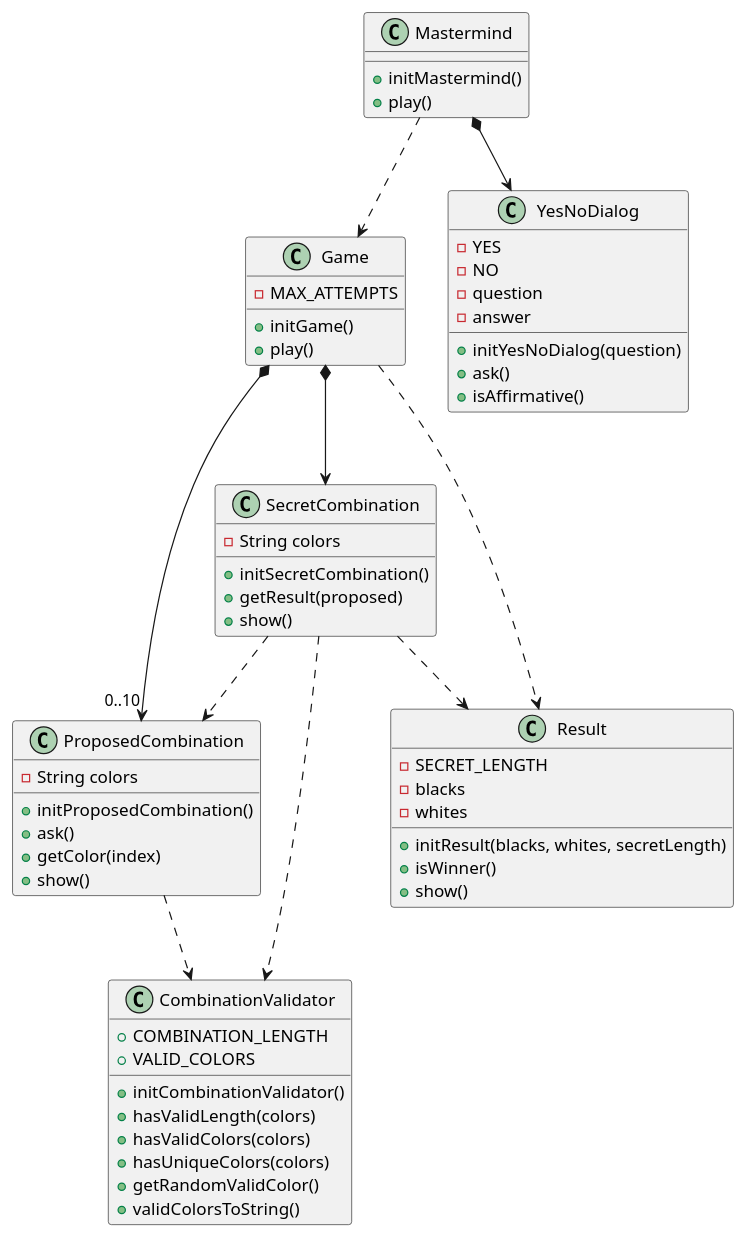
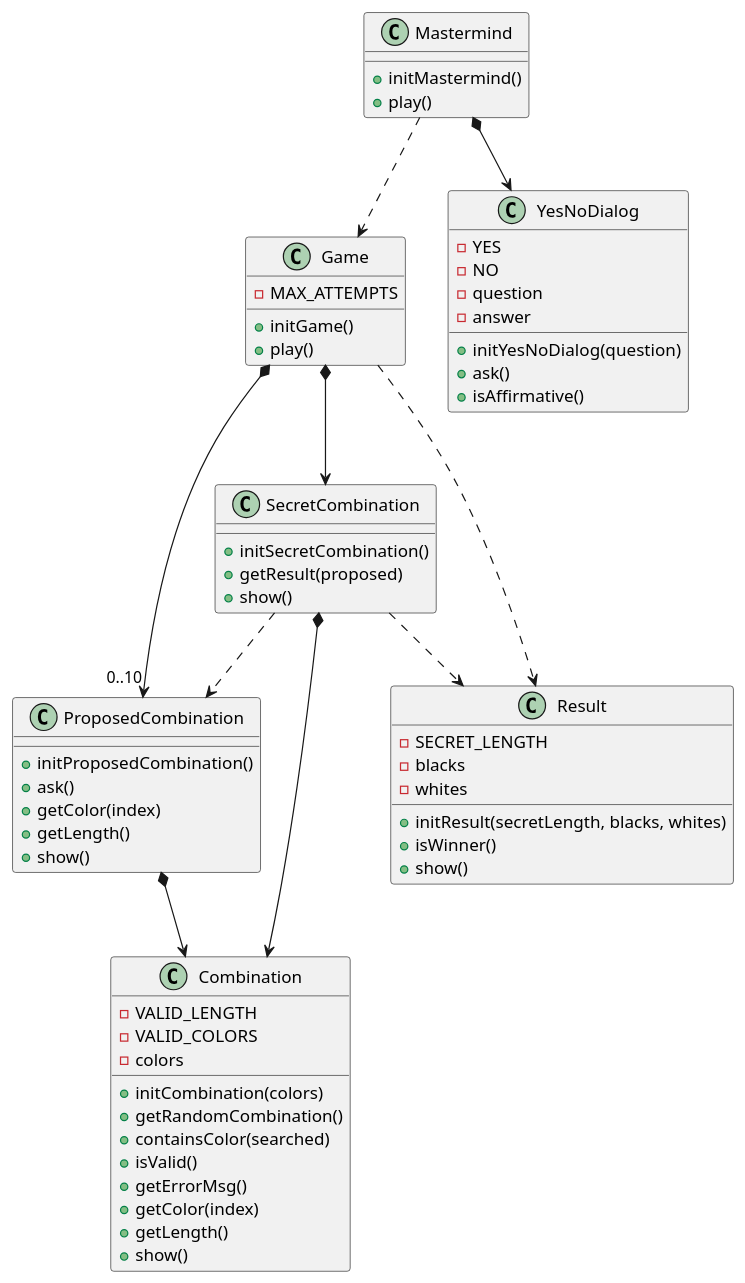
One commit to PabloMartinFluvia/myGame-mastermind changed the diagram in docs/dev-resume/analysis.plantuml. Above: the diagram before and after it, drawn with PlantUML. The commit also changed 4 other files, not shown here.

First line of the commit message:
modified validator to Combination

```diff
--- a/docs/dev-resume/analysis.plantuml
+++ b/docs/dev-resume/analysis.plantuml
@@ -1,75 +1,77 @@
 @startuml analysis
 
 class Mastermind{  
 
     + initMastermind()
     + play()    
 }
 Mastermind ..> Game
 Mastermind *--> YesNoDialog
 
 class Game{
     - MAX_ATTEMPTS
 
     + initGame()
     + play()      
 }
 Game *--> SecretCombination
 Game *--> "0..10" ProposedCombination
 Game .down.> Result
 
 class SecretCombination{
-    - String colors
     
     + initSecretCombination()    
     + getResult(proposed)
     + show()    
 
 }
-SecretCombination .down.> CombinationValidator
+SecretCombination *-down-> Combination
 SecretCombination .down.> ProposedCombination
 SecretCombination .down.> Result
 
-class CombinationValidator{
-    + COMBINATION_LENGTH
-    + VALID_COLORS    
+class Combination{
+    - VALID_LENGTH
+    - VALID_COLORS    
+    - colors
 
-    + initCombinationValidator()
-    + hasValidLength(colors)
-    + hasValidColors(colors)
-    + hasUniqueColors(colors)
-    + getRandomValidColor()
-    + validColorsToString()
+    + initCombination(colors)
+    + getRandomCombination()
+    + containsColor(searched)  
+    + isValid()
+    + getErrorMsg()
+    + getColor(index)
+    + getLength()      
+    + show()
 }
 
 class ProposedCombination{
-    - String colors    
 
     + initProposedCombination()
     + ask()   
     + getColor(index)
+    + getLength()    
     + show() 
 }
-ProposedCombination .down.> CombinationValidator
+ProposedCombination *-down-> Combination
 
 class Result{
     - SECRET_LENGTH
     - blacks
     - whites
 
-    + initResult(blacks, whites, secretLength)
+    + initResult(secretLength, blacks, whites)
     + isWinner()
     + show()    
 }
 
 class YesNoDialog {
     - YES
     - NO
     - question
     - answer    
 
     + initYesNoDialog(question)
     + ask()
     + isAffirmative()
 }
 @enduml
```
